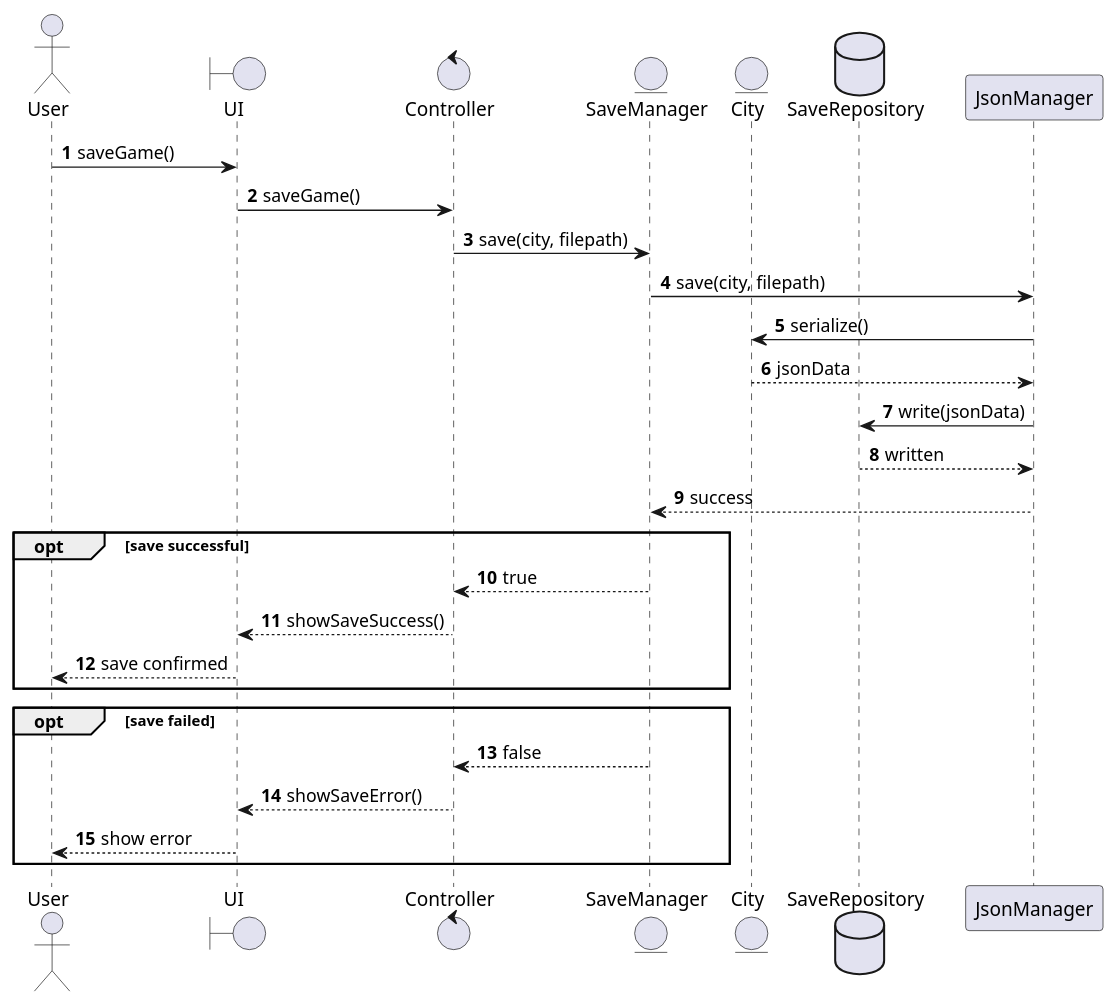
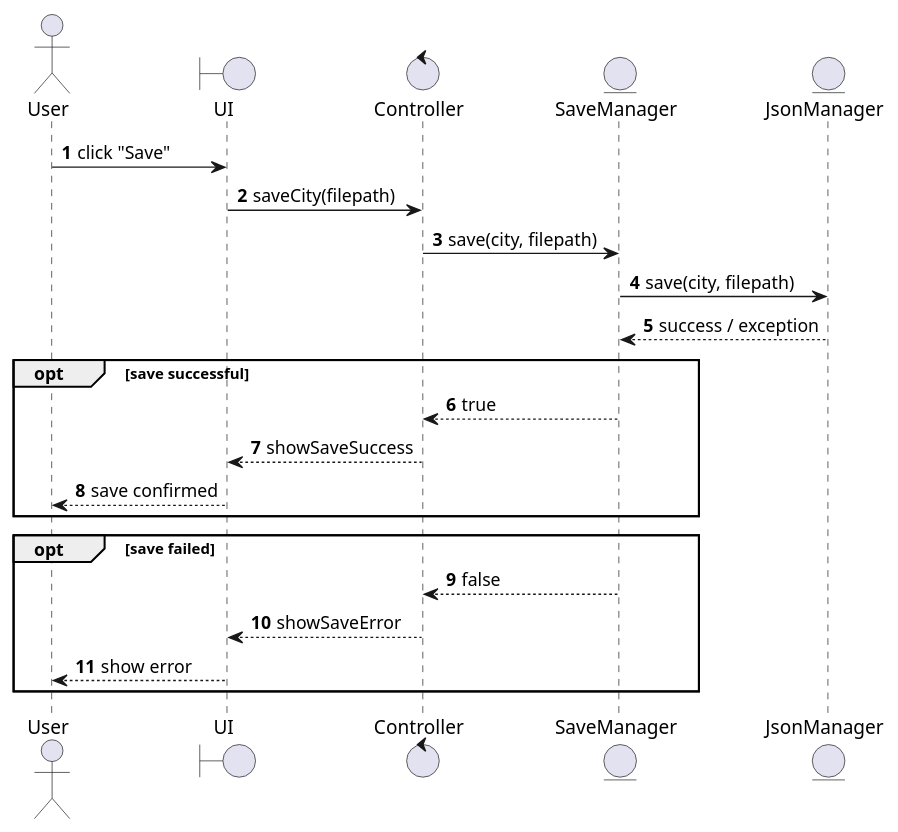
Before and after one commit to Anna-code17/ssa_project: the fifth of 5 diagrams in documents/diagrams_md/system_sequence_diagrams.md, drawn with PlantUML.

````diff
--- a/documents/diagrams_md/system_sequence_diagrams.md
+++ b/documents/diagrams_md/system_sequence_diagrams.md
@@ -251,42 +251,35 @@
 ```plantuml
-
 @startuml
 autonumber
 
 actor User
 
 boundary UI
 control Controller
 entity SaveManager
-entity City
-database SaveRepository
+entity JsonManager
 
-User -> UI : saveGame()
+User -> UI : click "Save"
 
-UI -> Controller : saveGame()
+UI -> Controller : saveCity(filepath)
 
 Controller -> SaveManager : save(city, filepath)
 
 SaveManager -> JsonManager : save(city, filepath)
 
-JsonManager -> City : serialize()
-City --> JsonManager : jsonData
-
-JsonManager -> SaveRepository : write(jsonData)
-SaveRepository --> JsonManager : written
-
-JsonManager --> SaveManager : success
+JsonManager --> SaveManager : success / exception
 
 opt save successful
-SaveManager --> Controller: true
-Controller --> UI : showSaveSuccess()
+SaveManager --> Controller : true
+Controller --> UI : showSaveSuccess
 UI --> User : save confirmed
 end
 
 opt save failed
-SaveManager --> Controller: false
-Controller --> UI : showSaveError()
+SaveManager --> Controller : false
+Controller --> UI : showSaveError
 UI --> User : show error
 end
+
 @enduml
 ```
````
